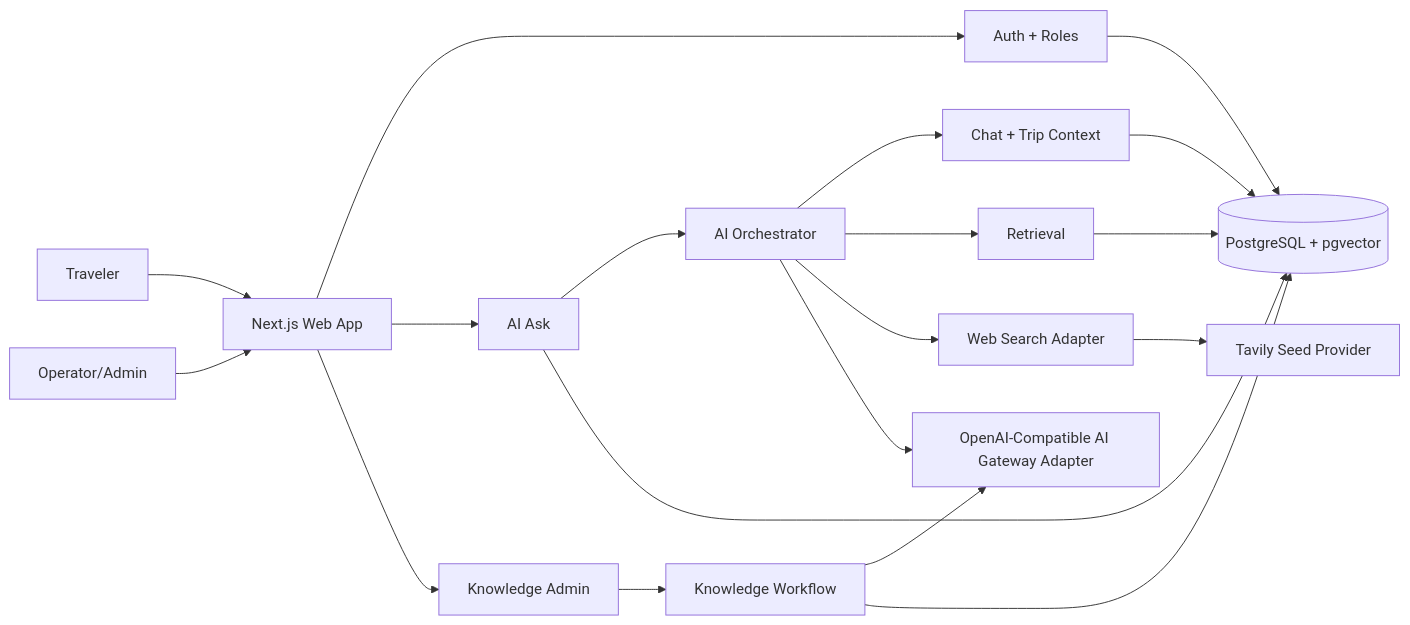
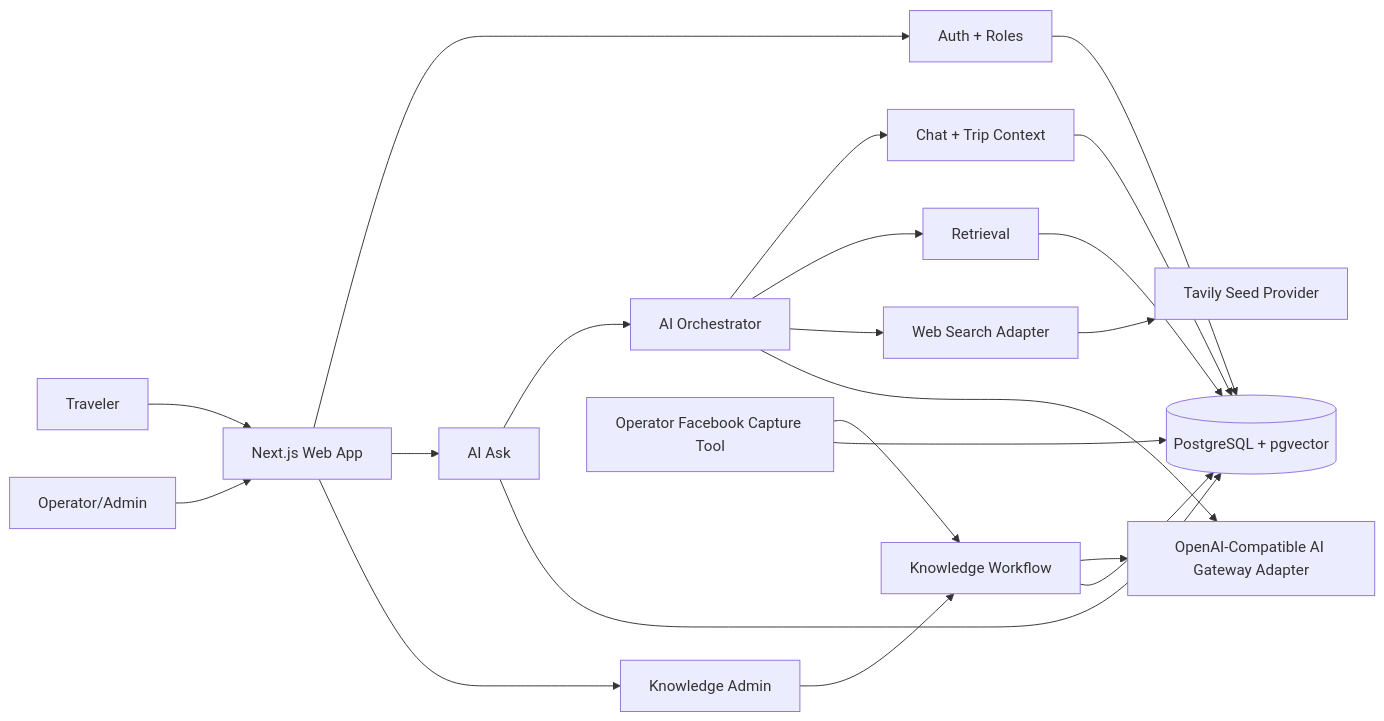
Before and after one commit to tonytippi/xuyenviet: the first of 3 diagrams in _bmad-output/planning-artifacts/architecture/architecture-xuyenviet-2026-07-04/ARCHITECTURE-SPINE.md, drawn with Mermaid. The commit also changed other lines of this file and 5 other files, not shown here.

Commit message:
Docs: add Facebook capture story planning

````diff
--- a/_bmad-output/planning-artifacts/architecture/architecture-xuyenviet-2026-07-04/ARCHITECTURE-SPINE.md
+++ b/_bmad-output/planning-artifacts/architecture/architecture-xuyenviet-2026-07-04/ARCHITECTURE-SPINE.md
@@ -20,21 +20,23 @@
 ```mermaid
 flowchart LR
   Traveler[Traveler] --> Web[Next.js Web App]
   Operator[Operator/Admin] --> Web
   Web --> Auth[Auth + Roles]
   Web --> Chat[AI Ask]
   Web --> Admin[Knowledge Admin]
   Chat --> Orchestrator[AI Orchestrator]
   Admin --> Knowledge[Knowledge Workflow]
   Orchestrator --> ChatContext[Chat + Trip Context]
   Orchestrator --> Retrieval[Retrieval]
   Orchestrator --> Search[Web Search Adapter]
   Orchestrator --> AIGateway[OpenAI-Compatible AI Gateway Adapter]
   Knowledge --> AIGateway
   ChatContext --> DB[(PostgreSQL + pgvector)]
   Retrieval --> DB
   Knowledge --> DB
+  Capture[Operator Facebook Capture Tool] --> Knowledge
+  Capture --> DB
   Auth --> DB
   Chat --> DB
   Search --> Tavily[Tavily Seed Provider]
 ```
````
